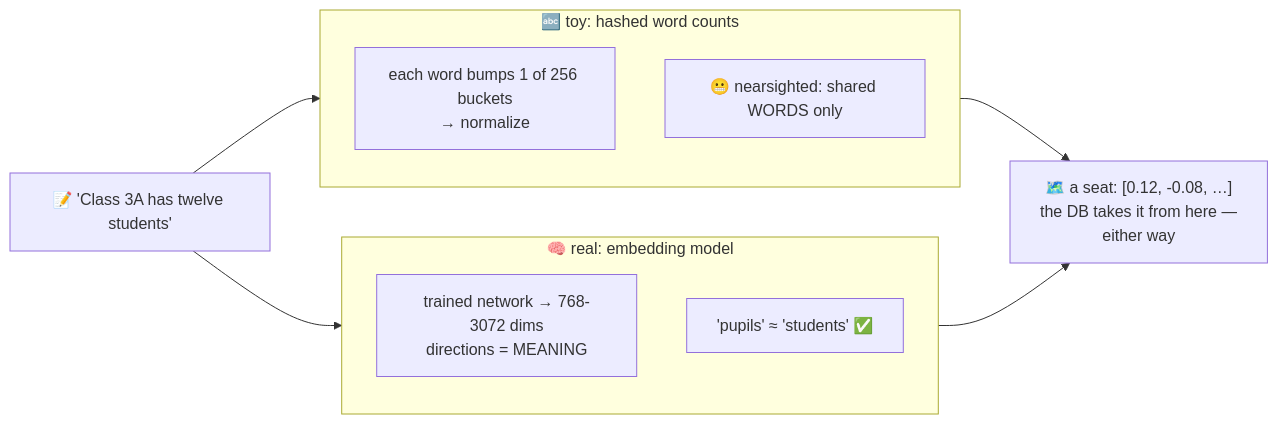
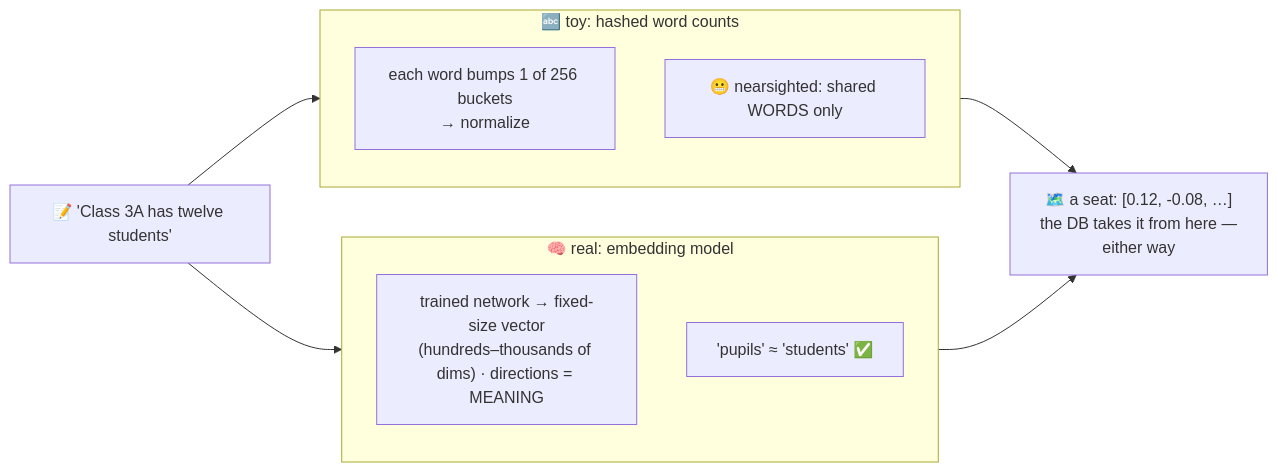
Before and after one commit to BaluRaut/learn-vectordb-school: the diagram in lessons/02-text-to-vectors/README.md, drawn with Mermaid. The commit also changed other lines of this file and 1 other file, not shown here.

Commit message:
Review: drop universal-looking numbers (recall/speedup, chunking multipliers, dims, overlap); fast at large scale with the right index; vector database vs vector index

````diff
--- a/lessons/02-text-to-vectors/README.md
+++ b/lessons/02-text-to-vectors/README.md
@@ -40,15 +41,15 @@
 ```mermaid
 flowchart LR
     text["📝 'Class 3A has twelve students'"]
     subgraph toy["🔤 toy: hashed word counts"]
         h["each word bumps 1 of 256 buckets<br/>→ normalize"]
         lim["😬 nearsighted: shared WORDS only"]
     end
     subgraph real["🧠 real: embedding model"]
-        m["trained network → 768-3072 dims<br/>directions = MEANING"]
+        m["trained network → fixed-size vector<br/>(hundreds–thousands of dims) · directions = MEANING"]
         win["'pupils' ≈ 'students' ✅"]
     end
     v["🗺️ a seat: [0.12, -0.08, …]<br/>the DB takes it from here —<br/>either way"]
     text --> toy --> v
     text --> real --> v
 ```
````
